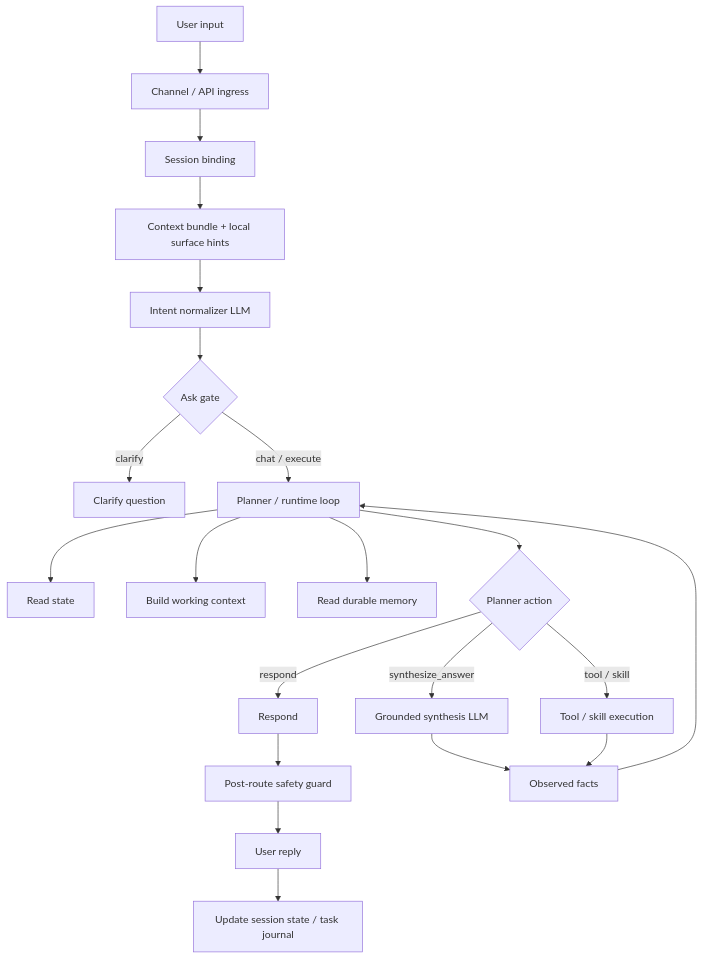
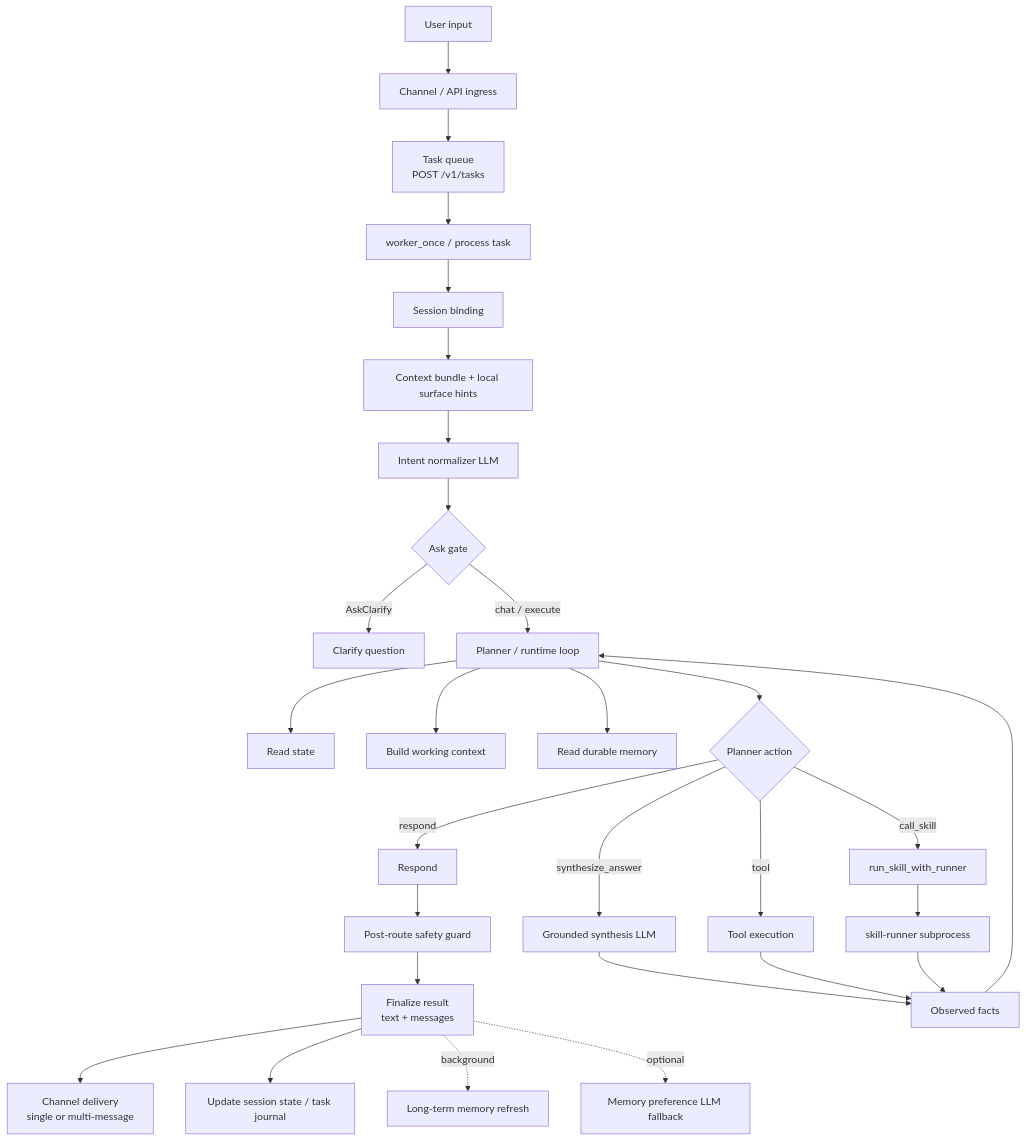
The first of 2 diagrams in README.md (MatrixCoreX/RustClaw), drawn with Mermaid before and after one commit. The commit also changed other lines of this file and 1 other file, not shown here.

Commit message:
align README flowcharts with runtime

````diff
--- a/README.md
+++ b/README.md
@@ -28,23 +28,31 @@
 ```mermaid
 flowchart TD
     A[User input] --> B[Channel / API ingress]
-    B --> C[Session binding]
+    B --> B1[Task queue<br/>POST /v1/tasks]
+    B1 --> B2[worker_once / process task]
+    B2 --> C[Session binding]
     C --> D[Context bundle + local surface hints]
     D --> E[Intent normalizer LLM]
     E --> F{Ask gate}
-    F -->|clarify| G[Clarify question]
+    F -->|AskClarify| G[Clarify question]
     F -->|chat / execute| H[Planner / runtime loop]
     H --> I[Read state]
     H --> J[Build working context]
     H --> K[Read durable memory]
     H --> L{Planner action}
     L -->|respond| M[Respond]
     L -->|synthesize_answer| SS[Grounded synthesis LLM]
-    L -->|tool / skill| N[Tool / skill execution]
+    L -->|tool| N[Tool execution]
+    L -->|call_skill| N1[run_skill_with_runner]
+    N1 --> N2[skill-runner subprocess]
+    N2 --> P
     N --> P[Observed facts]
     SS --> P
     P --> H
     M --> Q[Post-route safety guard]
-    Q --> R[User reply]
-    R --> S[Update session state / task journal]
+    Q --> R[Finalize result<br/>text + messages]
+    R --> S[Channel delivery<br/>single or multi-message]
+    R --> T[Update session state / task journal]
+    R -. background .-> U[Long-term memory refresh]
+    R -. optional .-> V[Memory preference LLM fallback]
 ```
````
